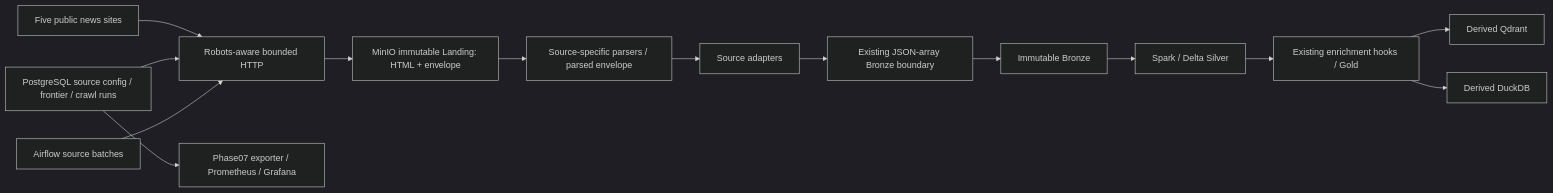
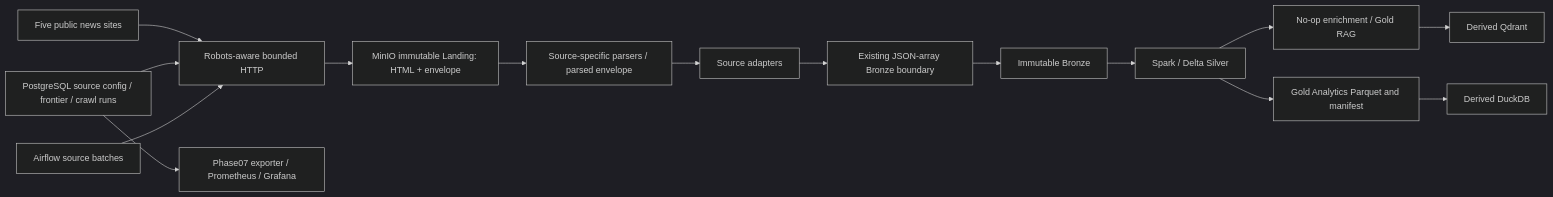
The diagram in docs/crawling-architecture.md (minhphu05/financial-news), drawn with Mermaid (dark theme) before and after one commit. The commit also changed other lines of this file and 19 other files, not shown here.

````diff
--- a/docs/crawling-architecture.md
+++ b/docs/crawling-architecture.md
@@ -9,16 +11,17 @@
 ```mermaid
 flowchart LR
   Sources[Five public news sites] --> HTTP[Robots-aware bounded HTTP]
   HTTP --> Landing[MinIO immutable Landing: HTML + envelope]
   Landing --> Parsers[Source-specific parsers / parsed envelope]
   Parsers --> Adapters[Source adapters]
   Adapters --> Boundary[Existing JSON-array Bronze boundary]
   Boundary --> Bronze[Immutable Bronze]
   Bronze --> Silver[Spark / Delta Silver]
-  Silver --> Gold[Existing enrichment hooks / Gold]
+  Silver --> Gold[No-op enrichment / Gold RAG]
   Gold --> Qdrant[Derived Qdrant]
-  Gold --> DuckDB[Derived DuckDB]
+  Silver --> Analytics[Gold Analytics Parquet and manifest]
+  Analytics --> DuckDB[Derived DuckDB]
   PG[PostgreSQL source config / frontier / crawl runs] --> HTTP
   AF[Airflow source batches] --> HTTP
   PG --> Metrics[Phase07 exporter / Prometheus / Grafana]
 ```
````
